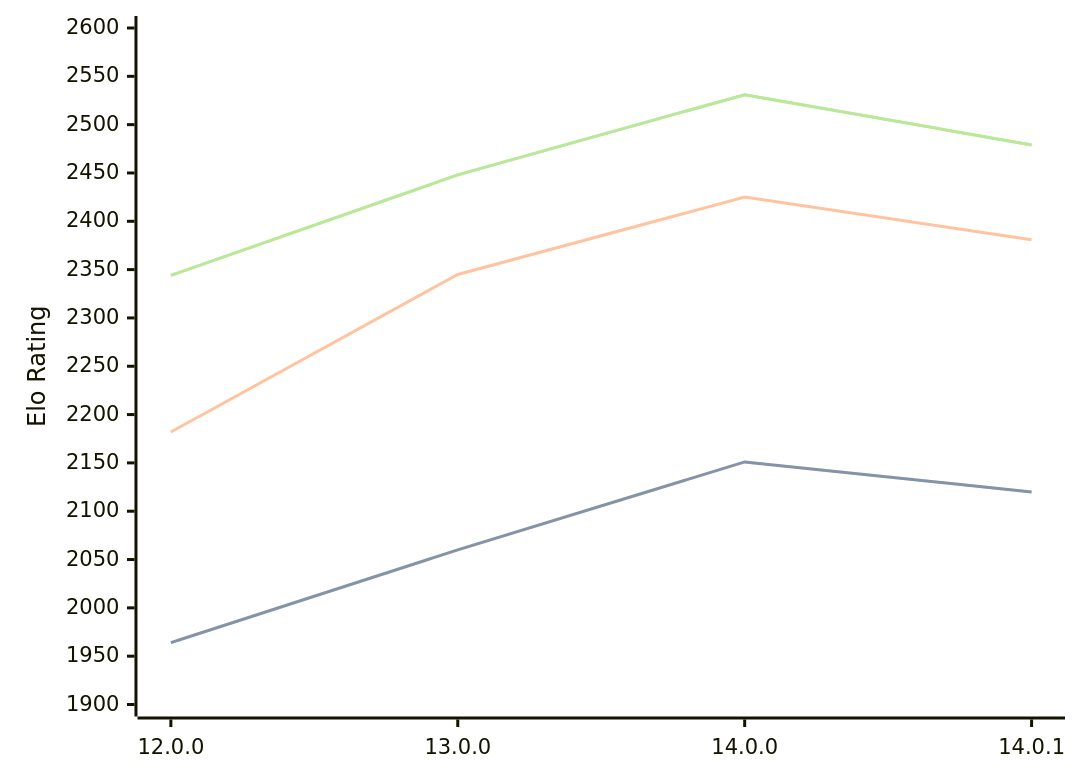
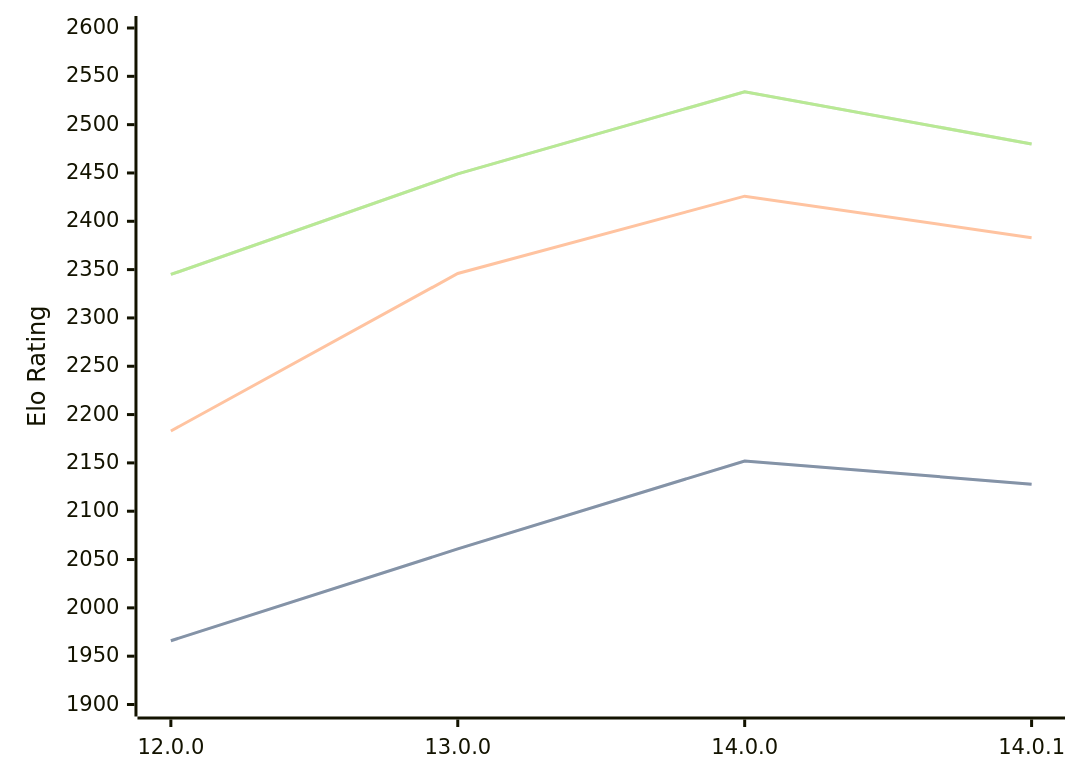
Before and after one commit to computer-chess-index/cci: the diagram in engines/Cepimetheus.md, drawn with Mermaid. The commit also changed other lines of this file, not shown here.

Commit message:
Update CCI Ratings (ELO VLTC) - 2026-08-08

````diff
--- a/engines/Cepimetheus.md
+++ b/engines/Cepimetheus.md
@@ -34,11 +69,11 @@
 ```mermaid
 %%{init: {"theme":"base","themeVariables":{"seriesColors:['#a3a3a3','#222221','#faa371']}}}%%
 xychart-beta
   x-axis ["12.0.0", "13.0.0", "14.0.0", "14.0.1"]
   y-axis "Elo Rating" 1900 --> 2600
-  line "STC (8.0+0.08s)" [1964, 2060, 2151, 2120]
-  line "STC (8.0+0.08s)" [1964, 2060, 2151, 2120]
-  line "LTC (60.0+0.60s)" [2182, 2345, 2425, 2381]
-  line "VLTC (2m24s+1.12s)" [2344, 2448, 2531, 2479]
-  line "VLTC (2m24s+1.12s)" [2344, 2448, 2531, 2479]
+  line "STC (8.0+0.08s)" [1966, 2061, 2152, 2128]
+  line "STC (8.0+0.08s)" [1966, 2061, 2152, 2128]
+  line "LTC (60.0+0.60s)" [2183, 2346, 2426, 2383]
+  line "VLTC (2m24s+1.12s)" [2345, 2449, 2534, 2480]
+  line "VLTC (2m24s+1.12s)" [2345, 2449, 2534, 2480]
 ```
````
